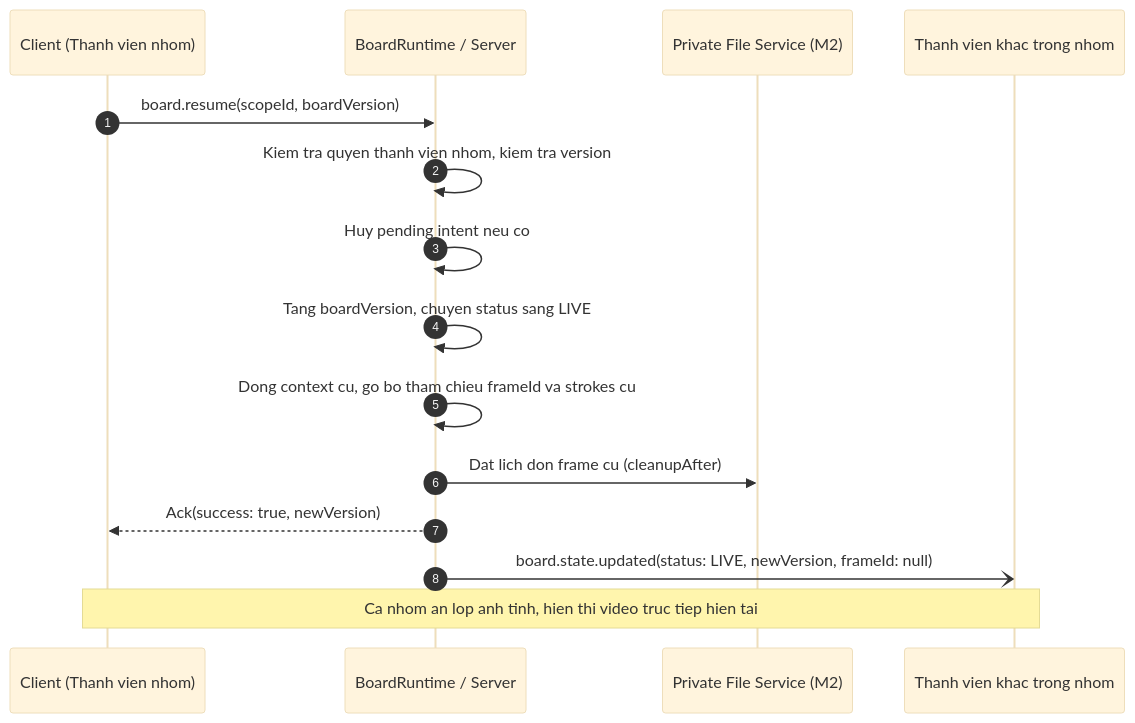
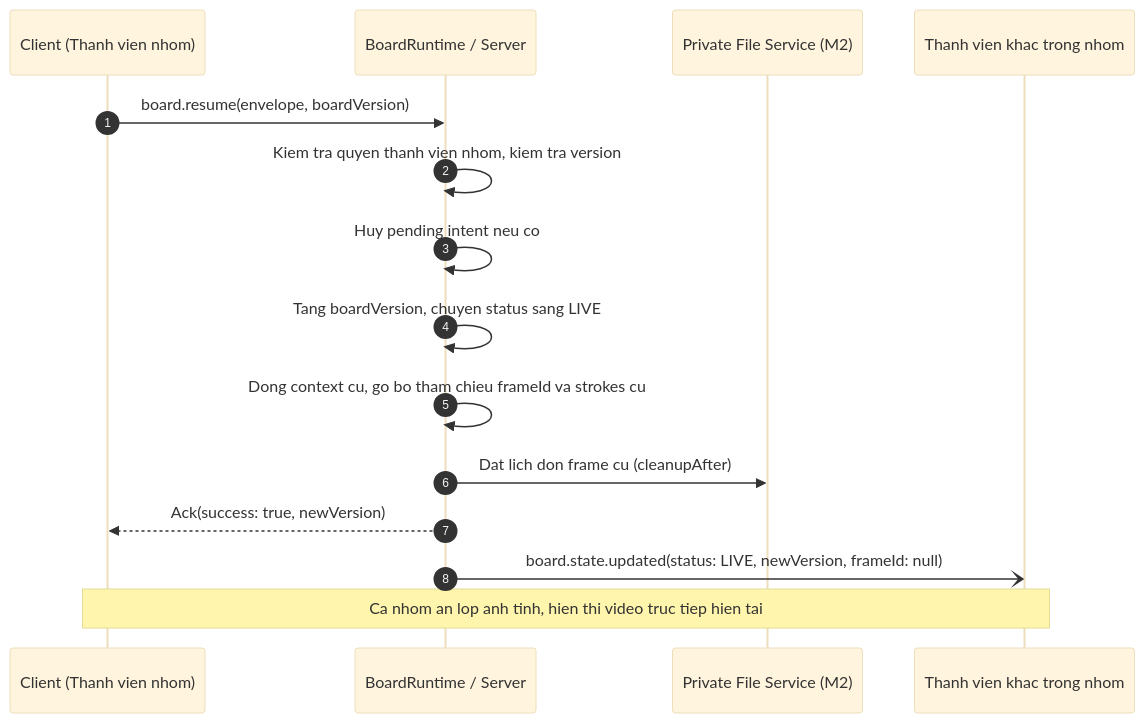
One commit to Lightning1507/CoLearnia changed the sixth of 13 diagrams in docs/proposals/m5-board.md. Above: the diagram before and after it, drawn with Mermaid (base theme). The commit also changed other lines of this file, not shown here.

Commit message:
docs(board): address collaborator review on files schema, sync, permissions, and wbs

````diff
--- a/docs/proposals/m5-board.md
+++ b/docs/proposals/m5-board.md
@@ -625,18 +653,18 @@
 ```mermaid
 sequenceDiagram
-autonumber
-participant C as Client (Thanh vien nhom)
-participant S as BoardRuntime / Server
-participant F as Private File Service (M2)
-participant G as Thanh vien khac trong nhom
+  autonumber
+  participant C as Client (Thanh vien nhom)
+  participant S as BoardRuntime / Server
+  participant F as Private File Service (M2)
+  participant G as Thanh vien khac trong nhom
 
-C->>S: board.resume(scopeId, boardVersion)
-S->>S: Kiem tra quyen thanh vien nhom, kiem tra version
-S->>S: Huy pending intent neu co
-S->>S: Tang boardVersion, chuyen status sang LIVE
-S->>S: Dong context cu, go bo tham chieu frameId va strokes cu
-S->>F: Dat lich don frame cu (cleanupAfter)
-S-->>C: Ack(success: true, newVersion)
-S-)G: board.state.updated(status: LIVE, newVersion, frameId: null)
-Note over C,G: Ca nhom an lop anh tinh, hien thi video truc tiep hien tai
+  C->>S: board.resume(envelope, boardVersion)
+  S->>S: Kiem tra quyen thanh vien nhom, kiem tra version
+  S->>S: Huy pending intent neu co
+  S->>S: Tang boardVersion, chuyen status sang LIVE
+  S->>S: Dong context cu, go bo tham chieu frameId va strokes cu
+  S->>F: Dat lich don frame cu (cleanupAfter)
+  S-->>C: Ack(success: true, newVersion)
+  S-)G: board.state.updated(status: LIVE, newVersion, frameId: null)
+  Note over C,G: Ca nhom an lop anh tinh, hien thi video truc tiep hien tai
 ```
````
